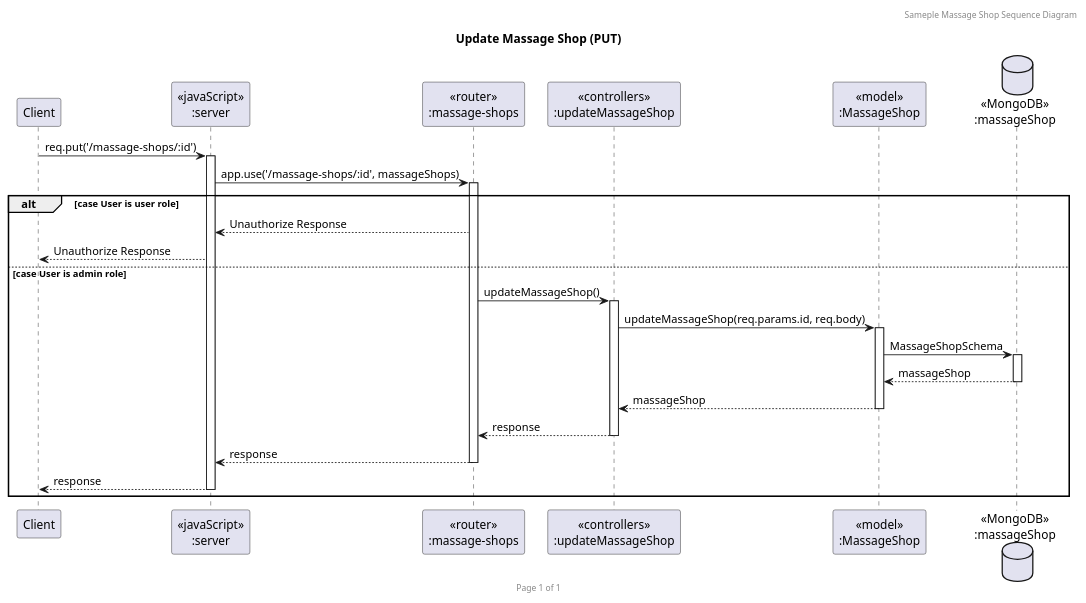
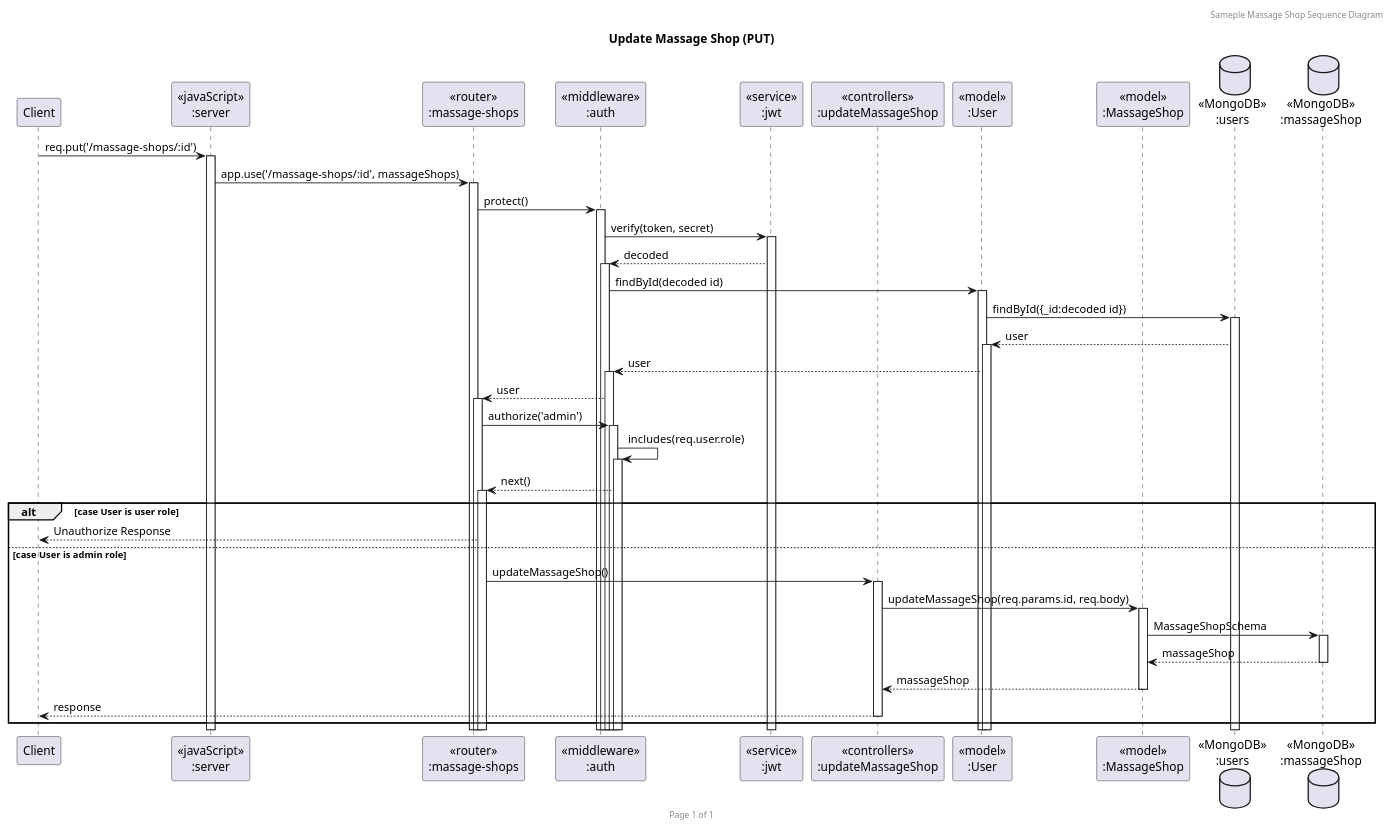
The diagram in sequence_diagram/MassageSequence_update_massage_shop.puml (BabeTanya/massage-catherine), drawn with PlantUML before and after one commit. The commit also changed 13 other files, not shown here.

Commit message:
Revise sequence diagram and import new collection postman

```diff
--- a/sequence_diagram/MassageSequence_update_massage_shop.puml
+++ b/sequence_diagram/MassageSequence_update_massage_shop.puml
@@ -1,30 +1,45 @@
 @startuml Update Massage Shop (PUT)
 
 header Sameple Massage Shop Sequence Diagram
 footer Page %page% of %lastpage%
 title "Update Massage Shop (PUT)"
 
 participant "Client" as client
 participant "<<javaScript>>\n:server" as server
 participant "<<router>>\n:massage-shops" as routerMassageShop
+participant "<<middleware>>\n:auth" as middleware
+participant "<<service>>\n:jwt" as service
 participant "<<controllers>>\n:updateMassageShop" as controllersUpdateMassageShop
+participant "<<model>>\n:User" as modelUser
 participant "<<model>>\n:MassageShop" as modelMassageShop
+database "<<MongoDB>>\n:users" as UsersDatabase
 database "<<MongoDB>>\n:massageShop" as MassageShopDatabase
 
 client->server ++:req.put('/massage-shops/:id')
 server->routerMassageShop ++:app.use('/massage-shops/:id', massageShops)
+routerMassageShop -> middleware ++:protect()
+middleware -> service ++:verify(token, secret)
+middleware <-- service ++:decoded
+middleware -> modelUser ++:findById(decoded id)
+modelUser -> UsersDatabase ++:findById({_id:decoded id})
+modelUser <-- UsersDatabase ++:user
+middleware <-- modelUser ++:user
+routerMassageShop <-- middleware ++:user
+routerMassageShop -> middleware ++:authorize('admin')
+middleware -> middleware ++:includes(req.user.role)
+routerMassageShop <-- middleware ++:next()
 alt case User is user role
-server<--routerMassageShop: Unauthorize Response
-client <-- server: Unauthorize Response
+client<--routerMassageShop: Unauthorize Response
+' client <-- server: Unauthorize Response
 else case User is admin role
 routerMassageShop -> controllersUpdateMassageShop ++:updateMassageShop()
 controllersUpdateMassageShop->modelMassageShop ++:updateMassageShop(req.params.id, req.body)
 modelMassageShop ->MassageShopDatabase ++: MassageShopSchema
 MassageShopDatabase --> modelMassageShop --: massageShop
 controllersUpdateMassageShop <-- modelMassageShop --:massageShop
-routerMassageShop <-- controllersUpdateMassageShop --:response
-server <-- routerMassageShop --:response
-client <-- server --:response
+client <-- controllersUpdateMassageShop --:response
+' server <-- routerMassageShop --:response
+' client <-- server --:response
 end
 
 @enduml
```
